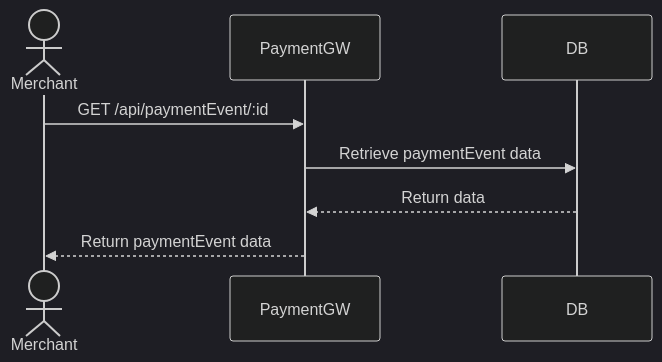
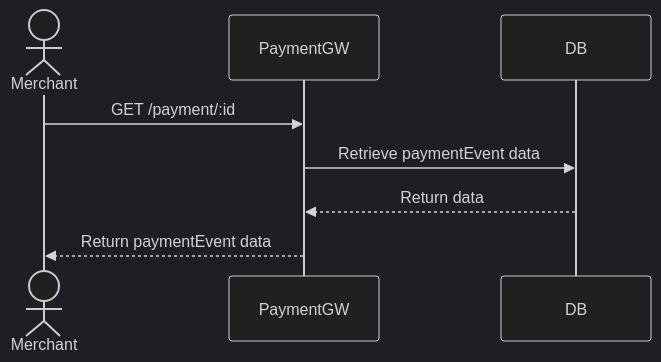
The second of 2 diagrams in TDD.md (kabdyssalyam/payment-gateway-task), drawn with Mermaid (dark theme) before and after one commit. The commit also changed other lines of this file, not shown here.

````diff
--- a/TDD.md
+++ b/TDD.md
@@ -28,11 +28,11 @@
 ```mermaid
 sequenceDiagram
   actor client as Merchant
   participant service as PaymentGW
   participant db as DB
 
-  client->>service: GET /api/paymentEvent/:id
+  client->>service: GET /payment/:id
   service->>db: Retrieve paymentEvent data
   db-->>service: Return data
   service-->>client: Return paymentEvent data
  ``` 
````
